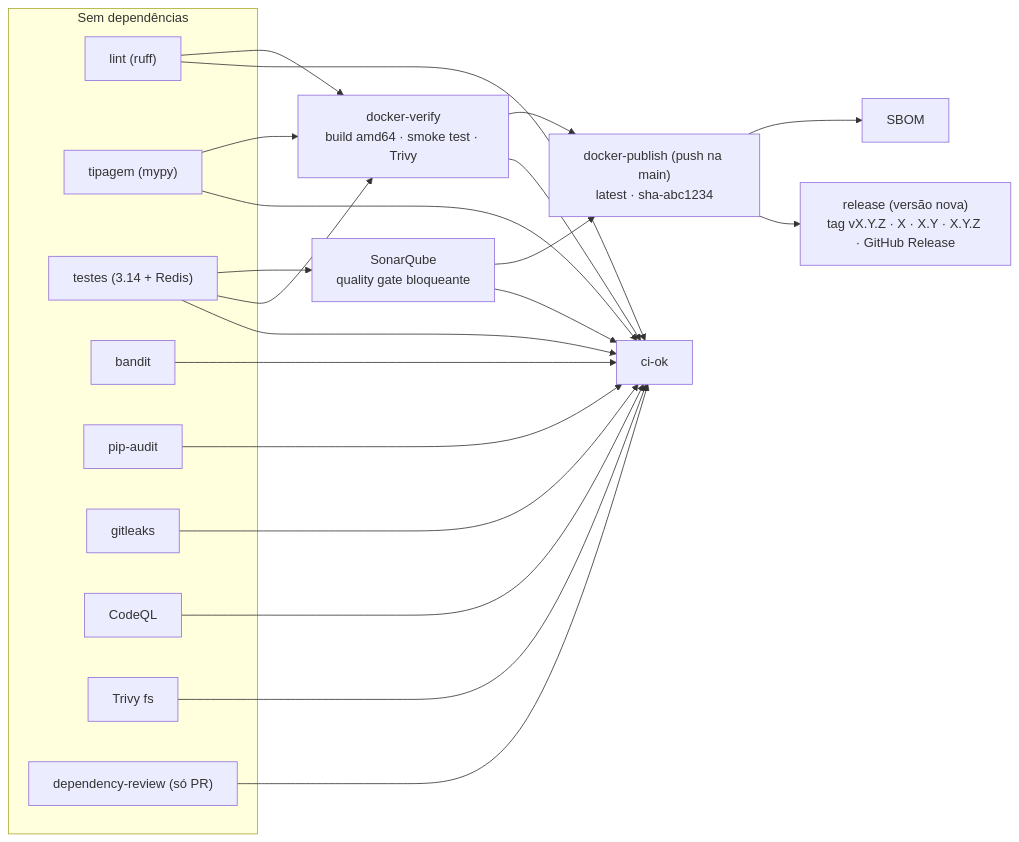
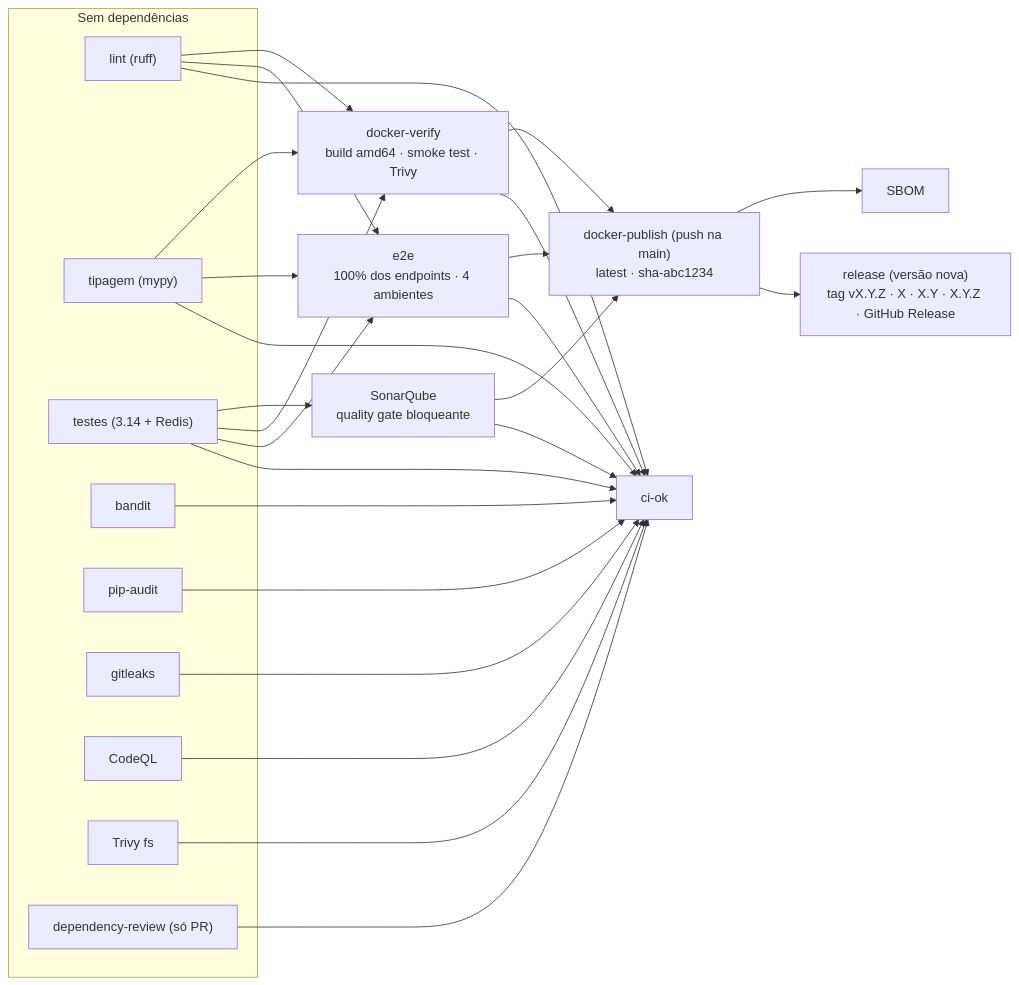
One commit to rlquilez/b3datetime changed the sixth of 7 diagrams in README.md. Above: the diagram before and after it, drawn with Mermaid. The commit also changed other lines of this file and 11 other files, not shown here.

````diff
--- a/README.md
+++ b/README.md
@@ -828,19 +867,20 @@
 ```mermaid
 flowchart LR
     subgraph paralelo["Sem dependências"]
         lint["lint (ruff)"]
         typecheck["tipagem (mypy)"]
         test["testes (3.14 + Redis)"]
         bandit["bandit"]
         pipaudit["pip-audit"]
         gitleaks["gitleaks"]
         codeql["CodeQL"]
         trivyfs["Trivy fs"]
         depreview["dependency-review (só PR)"]
     end
     test --> sonar["SonarQube<br/>quality gate bloqueante"]
     lint & typecheck & test --> dv["docker-verify<br/>build amd64 · smoke test · Trivy"]
-    dv & sonar --> pub["docker-publish (push na main)<br/>latest · sha-abc1234"] --> sbom["SBOM"]
+    lint & typecheck & test --> e2e["e2e<br/>100% dos endpoints · 4 ambientes"]
+    dv & e2e & sonar --> pub["docker-publish (push na main)<br/>latest · sha-abc1234"] --> sbom["SBOM"]
     pub --> rel["release (versão nova)<br/>tag vX.Y.Z · X · X.Y · X.Y.Z · GitHub Release"]
-    lint & typecheck & test & sonar & bandit & pipaudit & gitleaks & codeql & trivyfs & dv & depreview --> ok["ci-ok"]
+    lint & typecheck & test & sonar & bandit & pipaudit & gitleaks & codeql & trivyfs & dv & e2e & depreview --> ok["ci-ok"]
 ```
````
